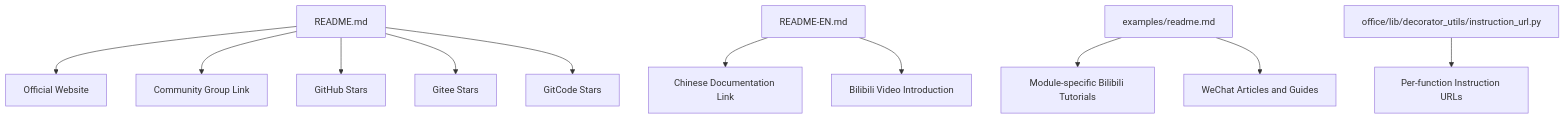
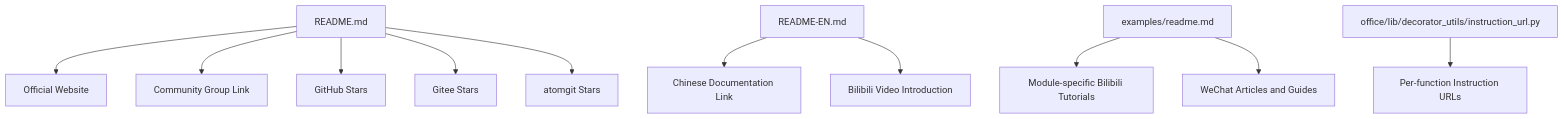
The first of 3 diagrams in .qoder/repowiki/en/content/Resources.md (CoderWanFeng/python-office), drawn with Mermaid before and after one commit. The commit also changed other lines of this file and 25 other files, not shown here.

````diff
--- a/.qoder/repowiki/en/content/Resources.md
+++ b/.qoder/repowiki/en/content/Resources.md
@@ -33,13 +33,13 @@
 ```mermaid
 graph TB
 A["README.md"] --> B["Official Website"]
 A --> C["Community Group Link"]
 A --> D["GitHub Stars"]
 A --> E["Gitee Stars"]
-A --> F["GitCode Stars"]
+A --> F["atomgit Stars"]
 G["README-EN.md"] --> H["Chinese Documentation Link"]
 G --> I["Bilibili Video Introduction"]
 J["examples/readme.md"] --> K["Module-specific Bilibili Tutorials"]
 J --> L["WeChat Articles and Guides"]
 M["office/lib/decorator_utils/instruction_url.py"] --> N["Per-function Instruction URLs"]
 ```
````
